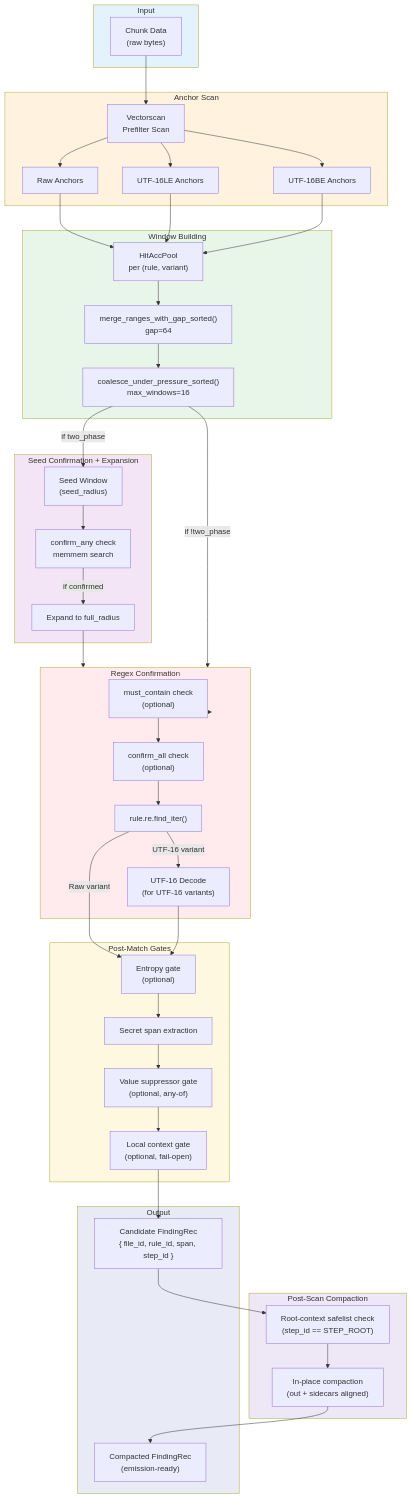
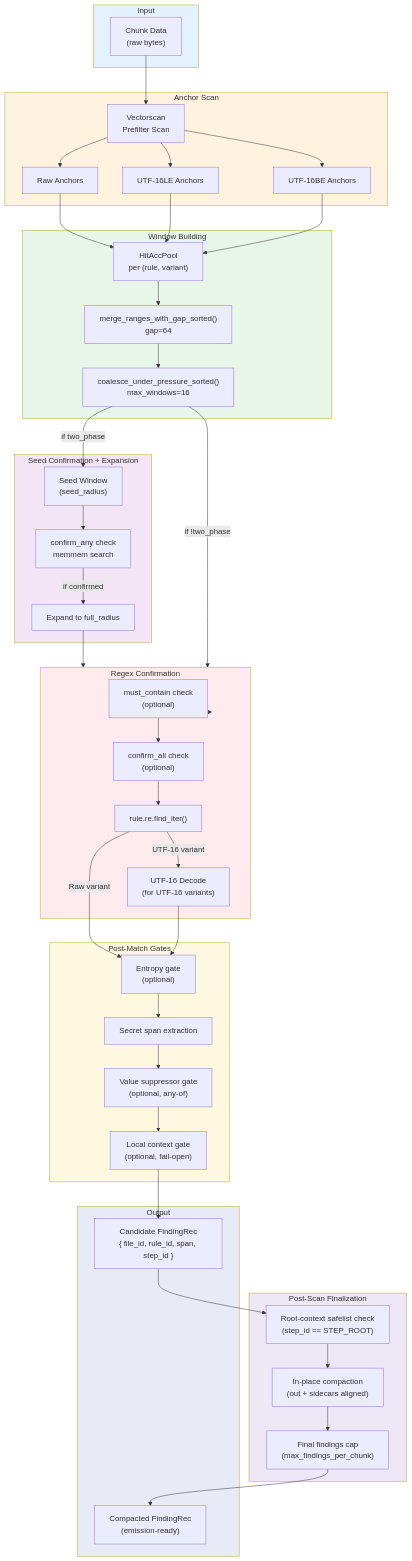
Before and after one commit to ahrav/scratch-scanner-rs: the first of 4 diagrams in docs/detection-engine.md, drawn with Mermaid. The commit also changed other lines of this file and 12 other files, not shown here.

Commit message:
Move findings cap enforcement to post-scan finalization

```diff
--- a/docs/detection-engine.md
+++ b/docs/detection-engine.md
@@ -41,9 +41,10 @@
         LocalCtx["Local context gate<br/>(optional, fail-open)"]
     end
 
-    subgraph PostScan["Post-Scan Compaction"]
+    subgraph PostScan["Post-Scan Finalization"]
         Safelist["Root-context safelist check<br/>(step_id == STEP_ROOT)"]
         Compact["In-place compaction<br/>(out + sidecars aligned)"]
+        Cap["Final findings cap<br/>(max_findings_per_chunk)"]
     end
 
     subgraph Output["Output"]
@@ -83,7 +84,8 @@
     LocalCtx --> FindingRec
     FindingRec --> Safelist
     Safelist --> Compact
-    Compact --> FinalRec
+    Compact --> Cap
+    Cap --> FinalRec
 
     style Input fill:#e3f2fd
     style AnchorScan fill:#fff3e0
```
